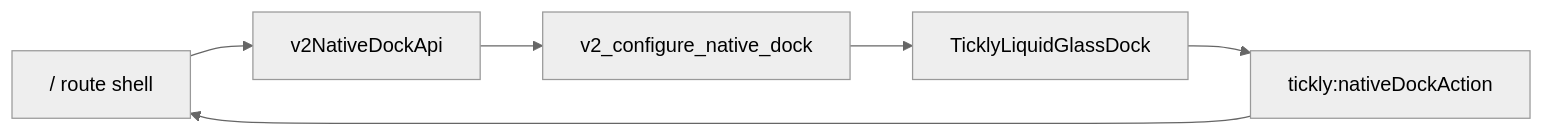
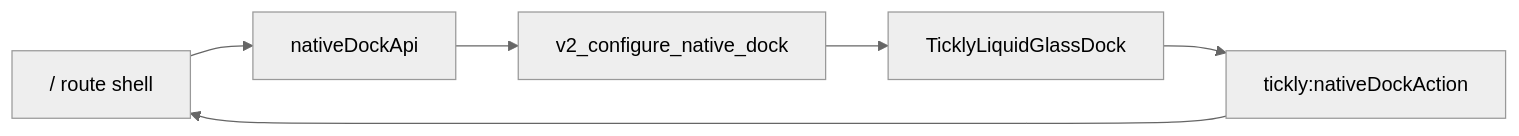
The diagram in docs/v2-notes/011-liquid-glass-dock-direction.md (U-Keun/Tickly), drawn with Mermaid (neutral theme) before and after one commit. The commit also changed other lines of this file and 167 other files, not shown here.

````diff
--- a/docs/v2-notes/011-liquid-glass-dock-direction.md
+++ b/docs/v2-notes/011-liquid-glass-dock-direction.md
@@ -9,8 +9,8 @@
 ```mermaid
 flowchart LR
-  Root["/ route shell"] --> DockApi["v2NativeDockApi"]
+  Root["/ route shell"] --> DockApi["nativeDockApi"]
   DockApi --> Command["v2_configure_native_dock"]
   Command --> Swift["TicklyLiquidGlassDock"]
   Swift --> Event["tickly:nativeDockAction"]
   Event --> Root
 ```
````
